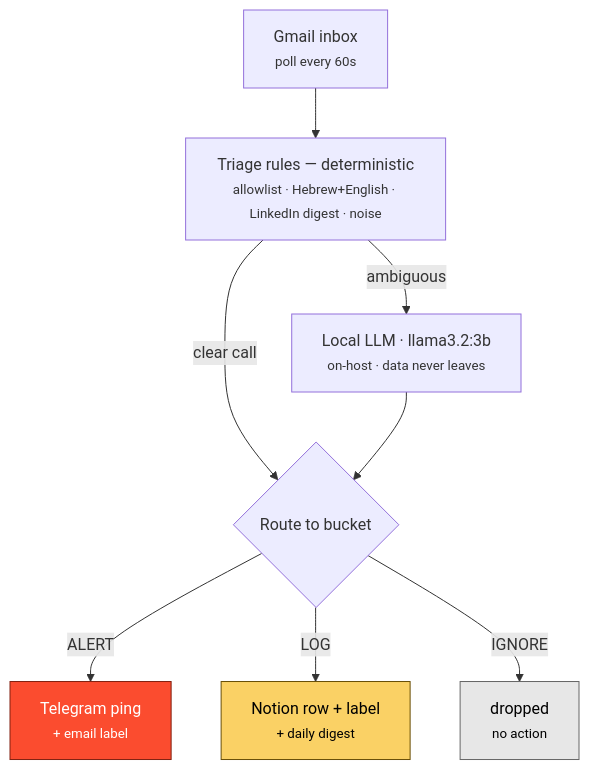
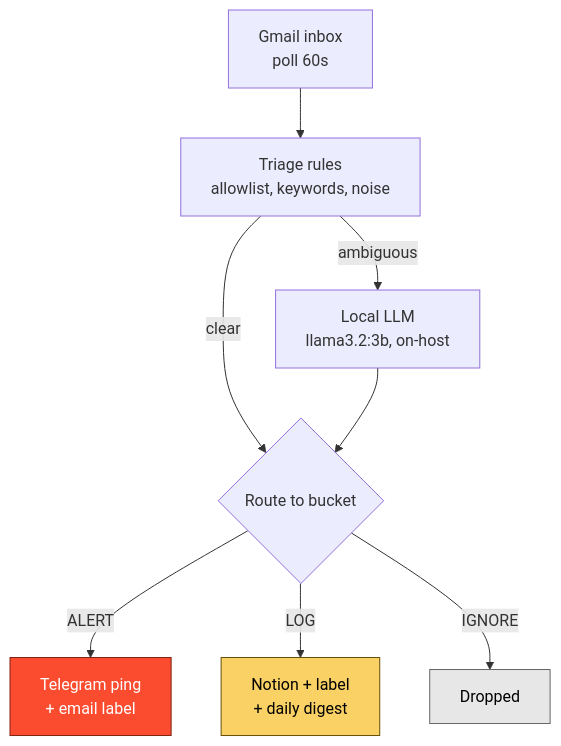
Before and after one commit to rhinolands/recruiter-inbox-triage: the diagram in README.md, drawn with Mermaid. The commit also changed other lines of this file, not shown here.

Commit message:
fix(readme): shorten Mermaid node labels, drop <small> — was clipping in GitHub render

````diff
--- a/README.md
+++ b/README.md
@@ -21,17 +21,17 @@
 ```mermaid
 flowchart TD
-    A["Gmail inbox<br/><small>poll every 60s</small>"] --> B["Triage rules — deterministic<br/><small>allowlist · Hebrew+English · LinkedIn digest · noise</small>"]
-    B -->|clear call| R{"Route to bucket"}
-    B -->|ambiguous| L["Local LLM · llama3.2:3b<br/><small>on-host · data never leaves</small>"]
+    A["Gmail inbox<br/>poll 60s"] --> B["Triage rules<br/>allowlist, keywords, noise"]
+    B -->|clear| R{"Route to bucket"}
+    B -->|ambiguous| L["Local LLM<br/>llama3.2:3b, on-host"]
     L --> R
-    R -->|ALERT| AL["Telegram ping<br/><small>+ email label</small>"]
-    R -->|LOG| LO["Notion row + label<br/><small>+ daily digest</small>"]
-    R -->|IGNORE| IG["dropped<br/><small>no action</small>"]
+    R -->|ALERT| AL["Telegram ping<br/>+ email label"]
+    R -->|LOG| LO["Notion + label<br/>+ daily digest"]
+    R -->|IGNORE| IG["Dropped"]
 
     classDef alert fill:#fb4c2f,stroke:#822111,color:#fff;
     classDef log fill:#fad165,stroke:#684e07,color:#000;
     classDef ignore fill:#e7e7e7,stroke:#666,color:#000;
     class AL alert;
     class LO log;
     class IG ignore;
 ```
````
